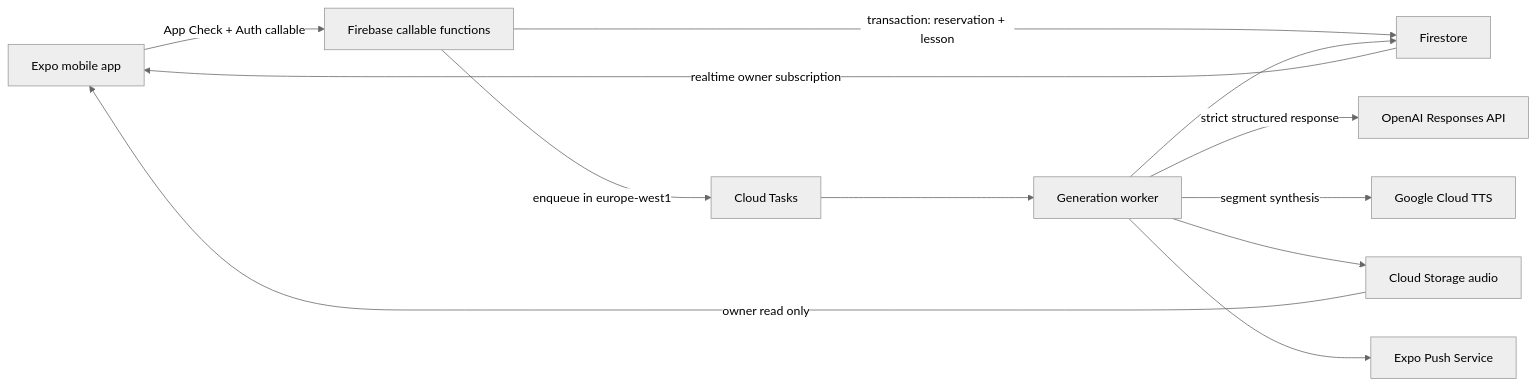
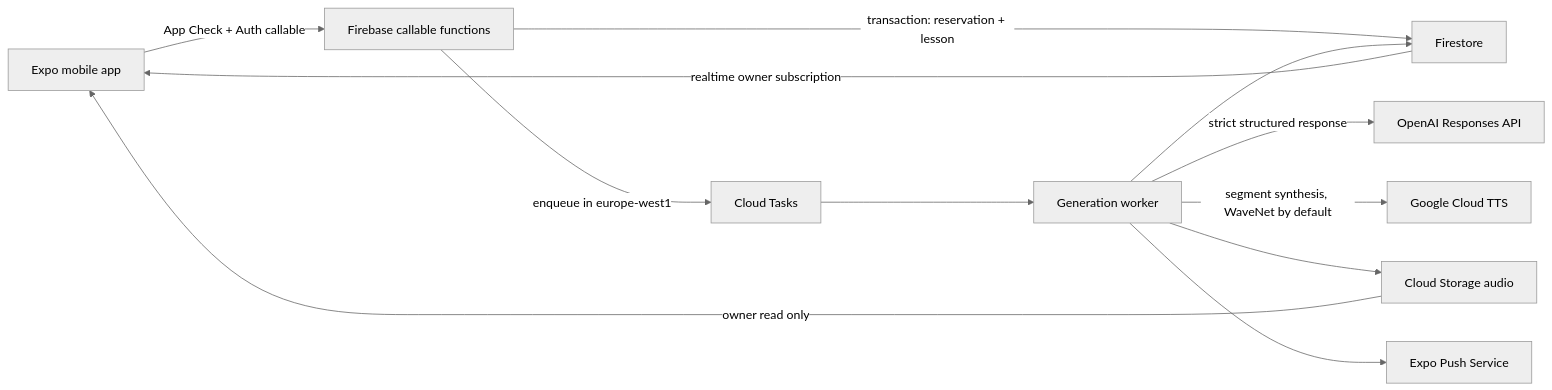
One commit to amanjaiswal03/Resolingo changed the diagram in docs/ARCHITECTURE.md. Above: the diagram before and after it, drawn with Mermaid (neutral theme). The commit also changed other lines of this file and 25 other files, not shown here.

````diff
--- a/docs/ARCHITECTURE.md
+++ b/docs/ARCHITECTURE.md
@@ -7,14 +7,14 @@
 ```mermaid
 flowchart LR
   M["Expo mobile app"] -->|"App Check + Auth callable"| C["Firebase callable functions"]
   C -->|"transaction: reservation + lesson"| F["Firestore"]
   C -->|"enqueue in europe-west1"| Q["Cloud Tasks"]
   Q --> W["Generation worker"]
   W -->|"strict structured response"| O["OpenAI Responses API"]
-  W -->|"segment synthesis"| T["Google Cloud TTS"]
+  W -->|"segment synthesis, WaveNet by default"| T["Google Cloud TTS"]
   W --> S["Cloud Storage audio"]
   W --> F
   W --> P["Expo Push Service"]
   F -->|"realtime owner subscription"| M
   S -->|"owner read only"| M
 ```
````
